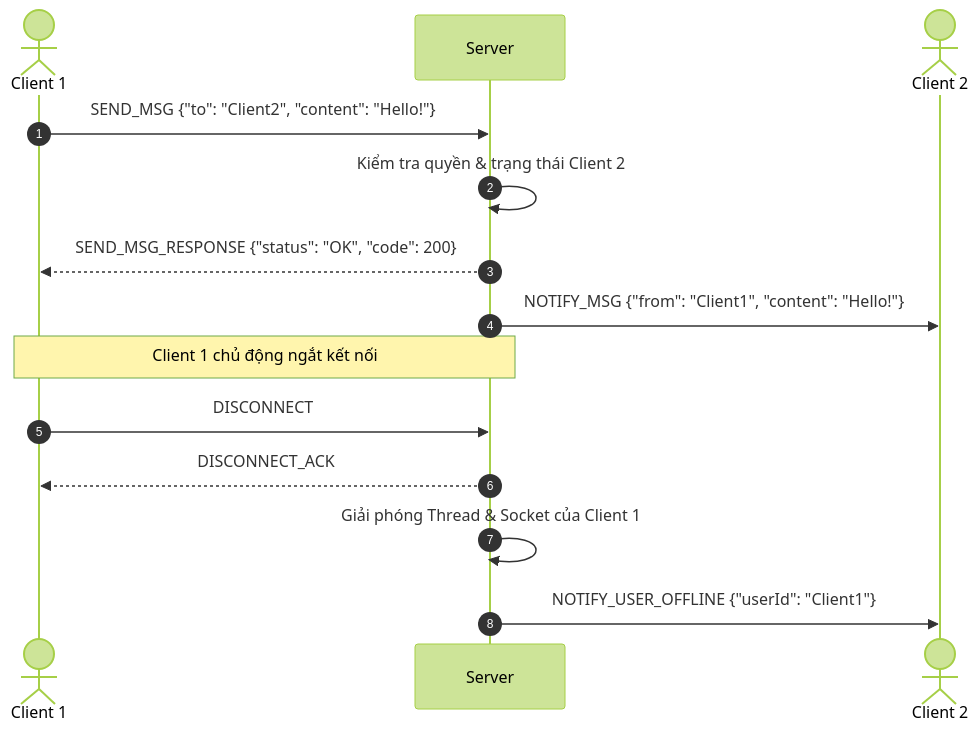
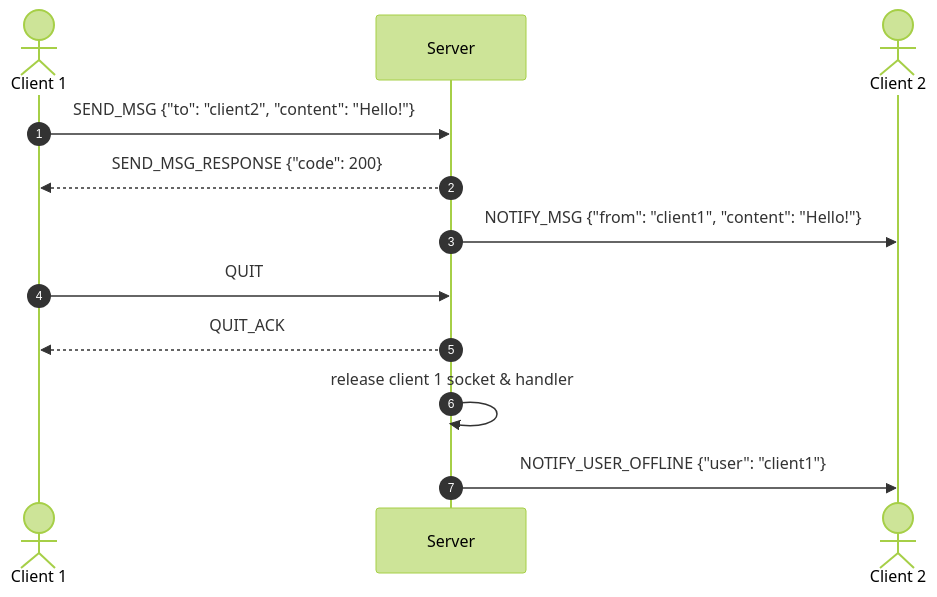
The second of 2 diagrams in docs/protocol-design.md (hungdn1701/network-programming-starter), drawn with Mermaid (forest theme) before and after one commit. The commit also changed other lines of this file and 29 other files, not shown here.

````diff
--- a/docs/protocol-design.md
+++ b/docs/protocol-design.md
@@ -128,18 +129,14 @@
 ```mermaid
 sequenceDiagram
     autonumber
     actor C1 as Client 1
     participant S as Server
     actor C2 as Client 2
-
-    C1->>S: SEND_MSG {"to": "Client2", "content": "Hello!"}
-    S->>S: Kiểm tra quyền & trạng thái Client 2
-    S-->>C1: SEND_MSG_RESPONSE {"status": "OK", "code": 200}
-    S->>C2: NOTIFY_MSG {"from": "Client1", "content": "Hello!"}
-    
-    Note over C1,S: Client 1 chủ động ngắt kết nối
-    C1->>S: DISCONNECT
-    S-->>C1: DISCONNECT_ACK
-    S->>S: Giải phóng Thread & Socket của Client 1
-    S->>C2: NOTIFY_USER_OFFLINE {"userId": "Client1"}
+    C1->>S: SEND_MSG {"to": "client2", "content": "Hello!"}
+    S-->>C1: SEND_MSG_RESPONSE {"code": 200}
+    S->>C2: NOTIFY_MSG {"from": "client1", "content": "Hello!"}
+    C1->>S: QUIT
+    S-->>C1: QUIT_ACK
+    S->>S: release client 1 socket & handler
+    S->>C2: NOTIFY_USER_OFFLINE {"user": "client1"}
 ```
````
